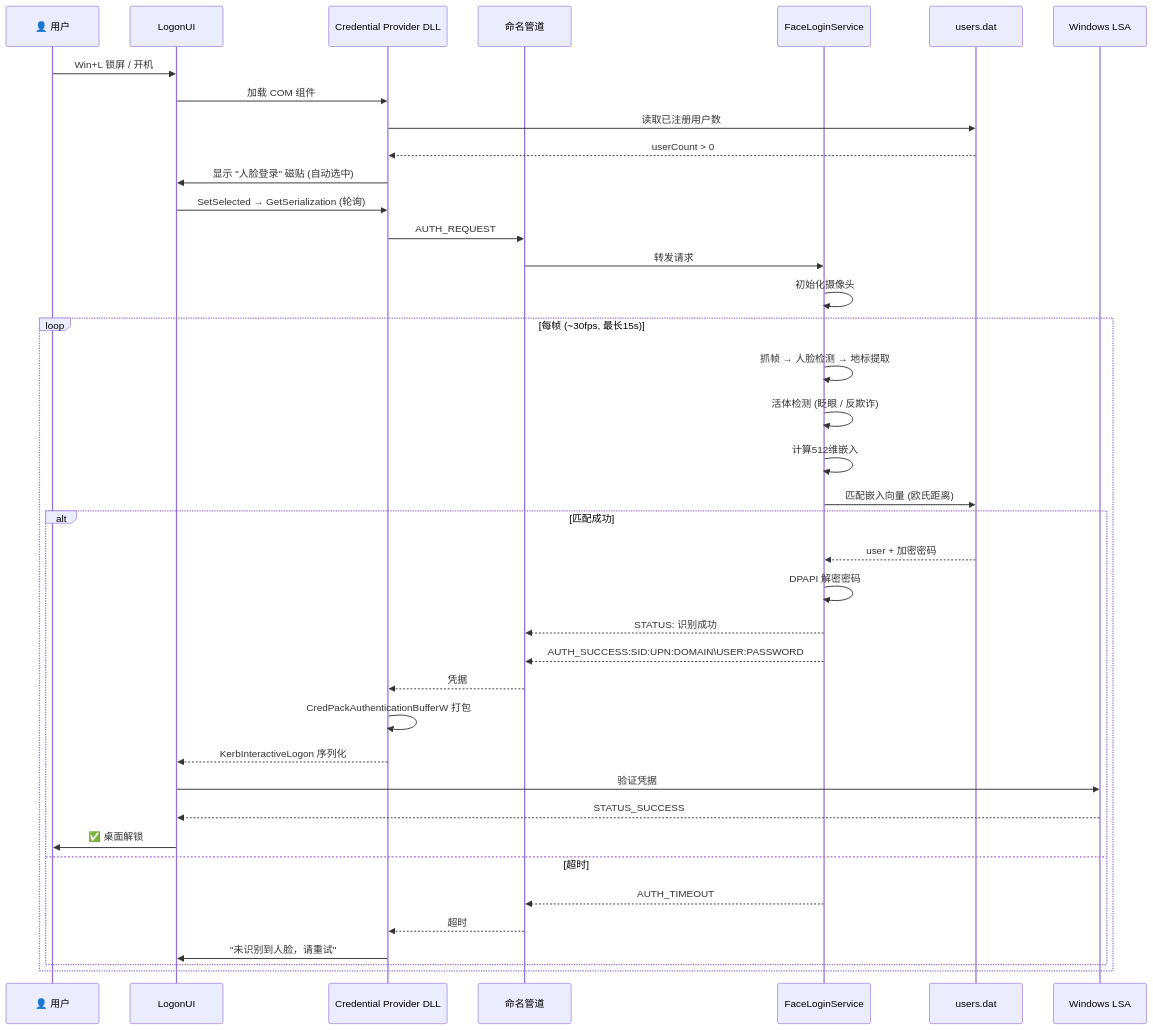
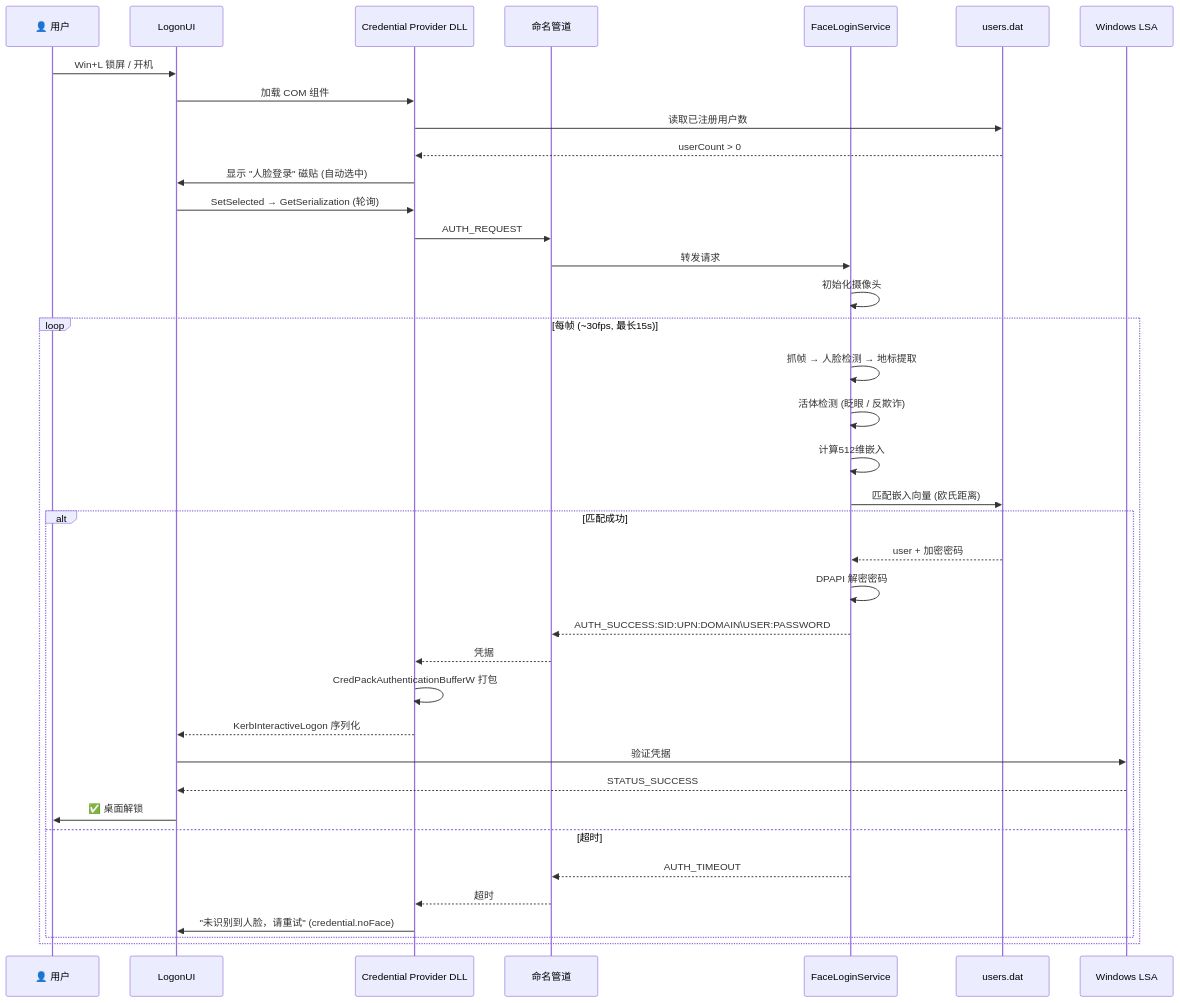
Before and after one commit to EthanZer0/FaceLogin: the second of 3 diagrams in DEVELOPMENT.md, drawn with Mermaid. The commit also changed other lines of this file, not shown here.

````diff
--- a/DEVELOPMENT.md
+++ b/DEVELOPMENT.md
@@ -167,42 +180,41 @@
 ```mermaid
 sequenceDiagram
     participant User as 👤 用户
     participant LogonUI as LogonUI
     participant CP as Credential Provider DLL
     participant Pipe as 命名管道
     participant Svc as FaceLoginService
     participant DB as users.dat
     participant LSA as Windows LSA
 
     User->>LogonUI: Win+L 锁屏 / 开机
     LogonUI->>CP: 加载 COM 组件
     CP->>DB: 读取已注册用户数
     DB-->>CP: userCount > 0
     CP->>LogonUI: 显示 "人脸登录" 磁贴 (自动选中)
     LogonUI->>CP: SetSelected → GetSerialization (轮询)
     CP->>Pipe: AUTH_REQUEST
     Pipe->>Svc: 转发请求
     Svc->>Svc: 初始化摄像头
     loop 每帧 (~30fps, 最长15s)
         Svc->>Svc: 抓帧 → 人脸检测 → 地标提取
         Svc->>Svc: 活体检测 (眨眼 / 反欺诈)
         Svc->>Svc: 计算512维嵌入
         Svc->>DB: 匹配嵌入向量 (欧氏距离)
         alt 匹配成功
             DB-->>Svc: user + 加密密码
             Svc->>Svc: DPAPI 解密密码
-            Svc-->>Pipe: STATUS: 识别成功
             Svc-->>Pipe: AUTH_SUCCESS:SID:UPN:DOMAIN\USER:PASSWORD
             Pipe-->>CP: 凭据
             CP->>CP: CredPackAuthenticationBufferW 打包
             CP-->>LogonUI: KerbInteractiveLogon 序列化
             LogonUI->>LSA: 验证凭据
             LSA-->>LogonUI: STATUS_SUCCESS
             LogonUI->>User: ✅ 桌面解锁
         else 超时
             Svc-->>Pipe: AUTH_TIMEOUT
             Pipe-->>CP: 超时
-            CP->>LogonUI: "未识别到人脸，请重试"
+            CP->>LogonUI: "未识别到人脸，请重试" (credential.noFace)
         end
     end
 ```
````
